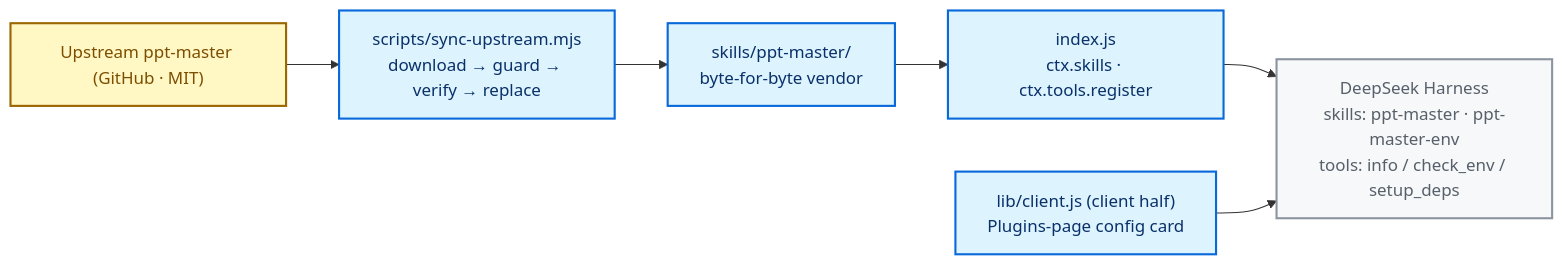
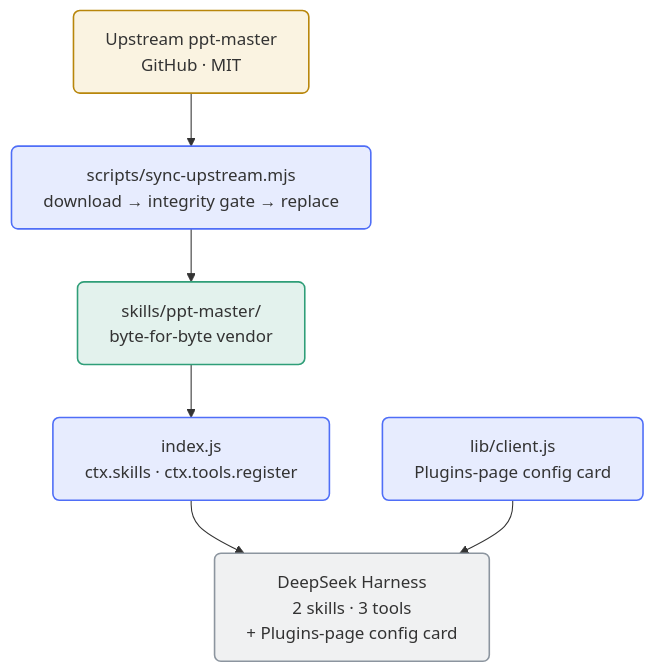
The diagram in README.en.md (SAXEM1997/dsh-ppt-master-wrapper), drawn with Mermaid before and after one commit. The commit also changed 1 other file, not shown here.

Commit message:
docs: mermaid 架构图重绘——纵向紧凑布局 + 圆角半透明节点（主题自适应：不写死文字色，深浅色可读；消除超宽裁切与硬折行）

````diff
--- a/README.en.md
+++ b/README.en.md
@@ -27,16 +27,19 @@
 ```mermaid
-flowchart LR
-    classDef up fill:#fff8c5,stroke:#9a6700,stroke-width:2px,color:#7d4e00
-    classDef pkg fill:#ddf4ff,stroke:#0969da,stroke-width:2px,color:#0a3069
-    classDef dsh fill:#f6f8fa,stroke:#8c959f,stroke-width:2px,color:#57606a
-
-    UP["Upstream ppt-master (GitHub · MIT)"]:::up
-    SYNC["scripts/sync-upstream.mjs<br/>download → guard → verify → replace"]:::pkg
-    VENDOR["skills/ppt-master/<br/>byte-for-byte vendor"]:::pkg
-    HOST["index.js<br/>ctx.skills · ctx.tools.register"]:::pkg
-    CARD["lib/client.js (client half)<br/>Plugins-page config card"]:::pkg
-    DSH["DeepSeek Harness<br/>skills: ppt-master · ppt-master-env<br/>tools: info / check_env / setup_deps"]:::dsh
+%%{init: {"flowchart": {"wrappingWidth": 320}}}%%
+flowchart TB
+    UP["Upstream ppt-master<br/>GitHub · MIT"]:::up
+    SYNC["scripts/sync-upstream.mjs<br/>download → integrity gate → replace"]:::tool
+    VENDOR["skills/ppt-master/<br/>byte-for-byte vendor"]:::artifact
+    HOST["index.js<br/>ctx.skills · ctx.tools.register"]:::code
+    CARD["lib/client.js<br/>Plugins-page config card"]:::code
+    DSH["DeepSeek Harness<br/>2 skills · 3 tools<br/>+ Plugins-page config card"]:::host
 
     UP --> SYNC --> VENDOR --> HOST --> DSH
     CARD --> DSH
+
+    classDef up fill:#d9a52122,stroke:#b8860b,stroke-width:1.5px,rx:6,ry:6
+    classDef tool fill:#4f6ef722,stroke:#4f6ef7,stroke-width:1.5px,rx:6,ry:6
+    classDef artifact fill:#2f9e7822,stroke:#2f9e78,stroke-width:1.5px,rx:6,ry:6
+    classDef code fill:#4f6ef722,stroke:#4f6ef7,stroke-width:1.5px,rx:6,ry:6
+    classDef host fill:#8c959f22,stroke:#8c959f,stroke-width:1.5px,rx:6,ry:6
 ```
````
